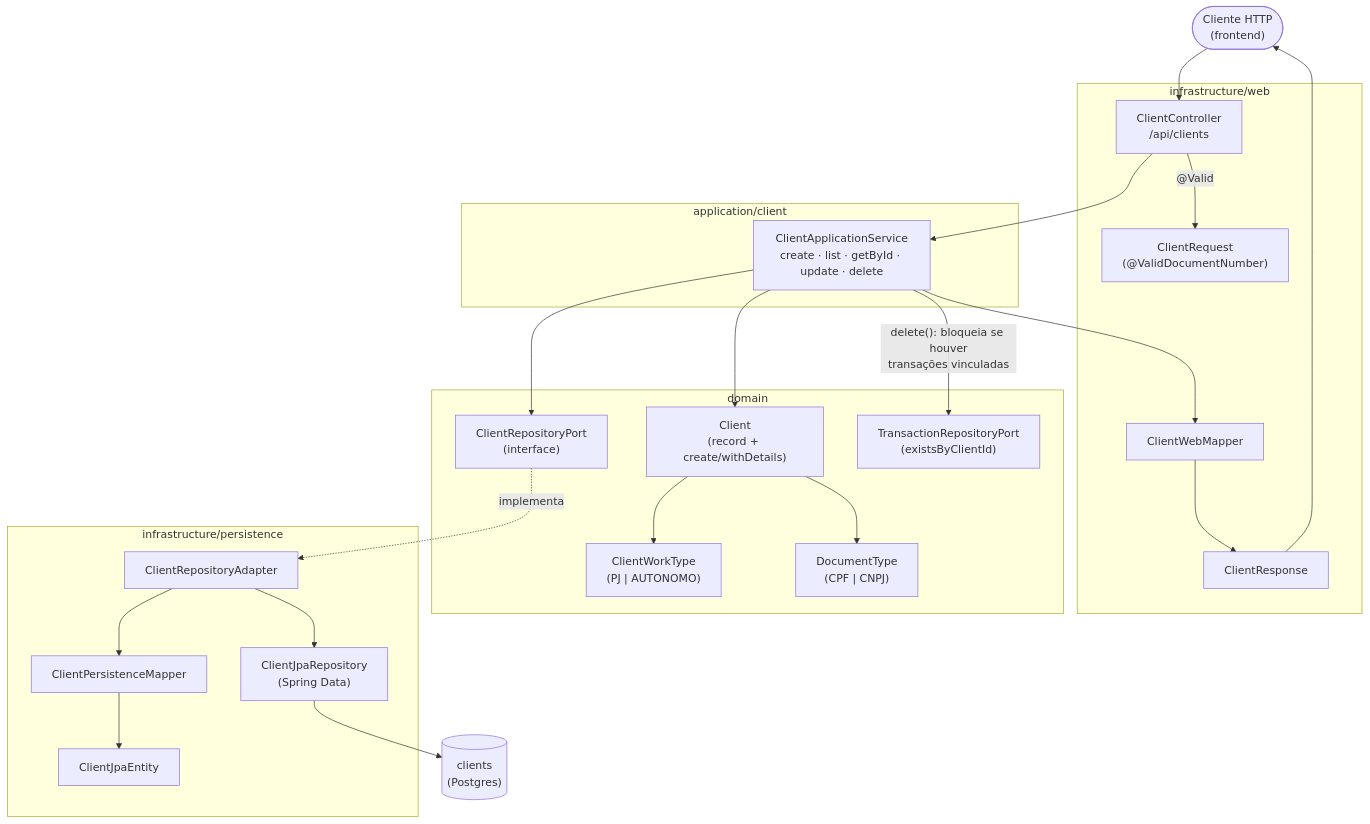
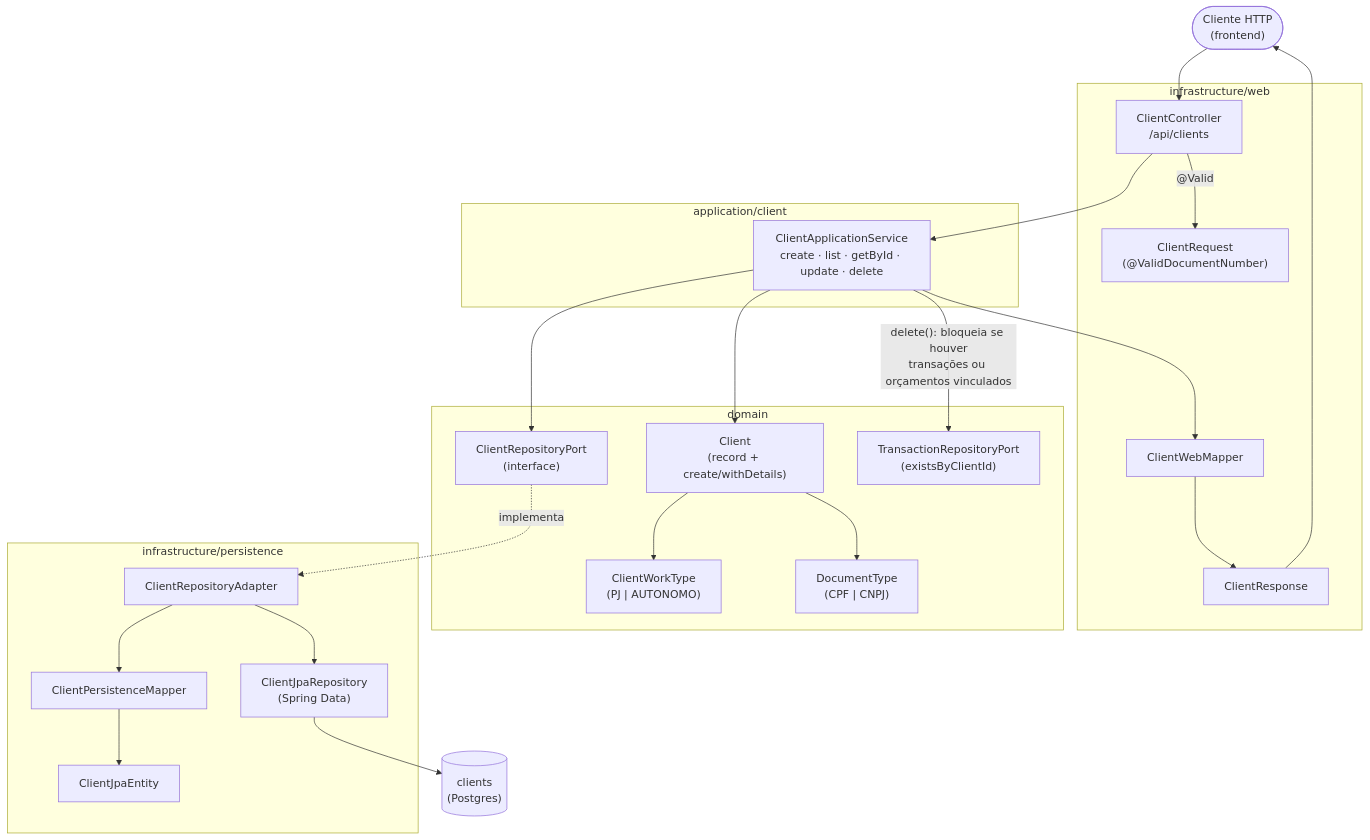
Before and after one commit to leozztto/LmfFinPro: the first of 2 diagrams in docs/tecnica/fluxo-clientes.md, drawn with Mermaid. The commit also changed other lines of this file and 34 other files, not shown here.

````diff
--- a/docs/tecnica/fluxo-clientes.md
+++ b/docs/tecnica/fluxo-clientes.md
@@ -24,48 +24,49 @@
 ```mermaid
 flowchart TD
     HttpClient(["Cliente HTTP\n(frontend)"]) --> Controller
 
     subgraph web["infrastructure/web"]
         Controller["ClientController\n/api/clients"]
         ReqDTO["ClientRequest\n(@ValidDocumentNumber)"]
         RespDTO["ClientResponse"]
         WebMapper["ClientWebMapper"]
     end
 
     subgraph application["application/client"]
         Service["ClientApplicationService\ncreate · list · getById · update · delete"]
     end
 
     subgraph domain["domain"]
         Model["Client\n(record + create/withDetails)"]
         WorkType["ClientWorkType\n(PJ | AUTONOMO)"]
         DocType["DocumentType\n(CPF | CNPJ)"]
         Port["ClientRepositoryPort\n(interface)"]
         TxPort["TransactionRepositoryPort\n(existsByClientId)"]
     end
 
     subgraph infra["infrastructure/persistence"]
         Adapter["ClientRepositoryAdapter"]
         PMapper["ClientPersistenceMapper"]
         JpaRepo["ClientJpaRepository\n(Spring Data)"]
         Entity["ClientJpaEntity"]
     end
 
     DB[("clients\n(Postgres)")]
 
     Controller -- "@Valid" --> ReqDTO
     Controller --> Service
     Service --> Model
     Model --> WorkType
     Model --> DocType
     Service --> Port
-    Service -- "delete(): bloqueia se houver\ntransações vinculadas" --> TxPort
+    Service -- "delete(): bloqueia se houver
+transações ou orçamentos vinculados" --> TxPort
     Port -.->|implementa| Adapter
     Adapter --> PMapper
     Adapter --> JpaRepo
     PMapper --> Entity
     JpaRepo --> DB
     Service --> WebMapper
     WebMapper --> RespDTO
     RespDTO --> HttpClient
 ```
````
